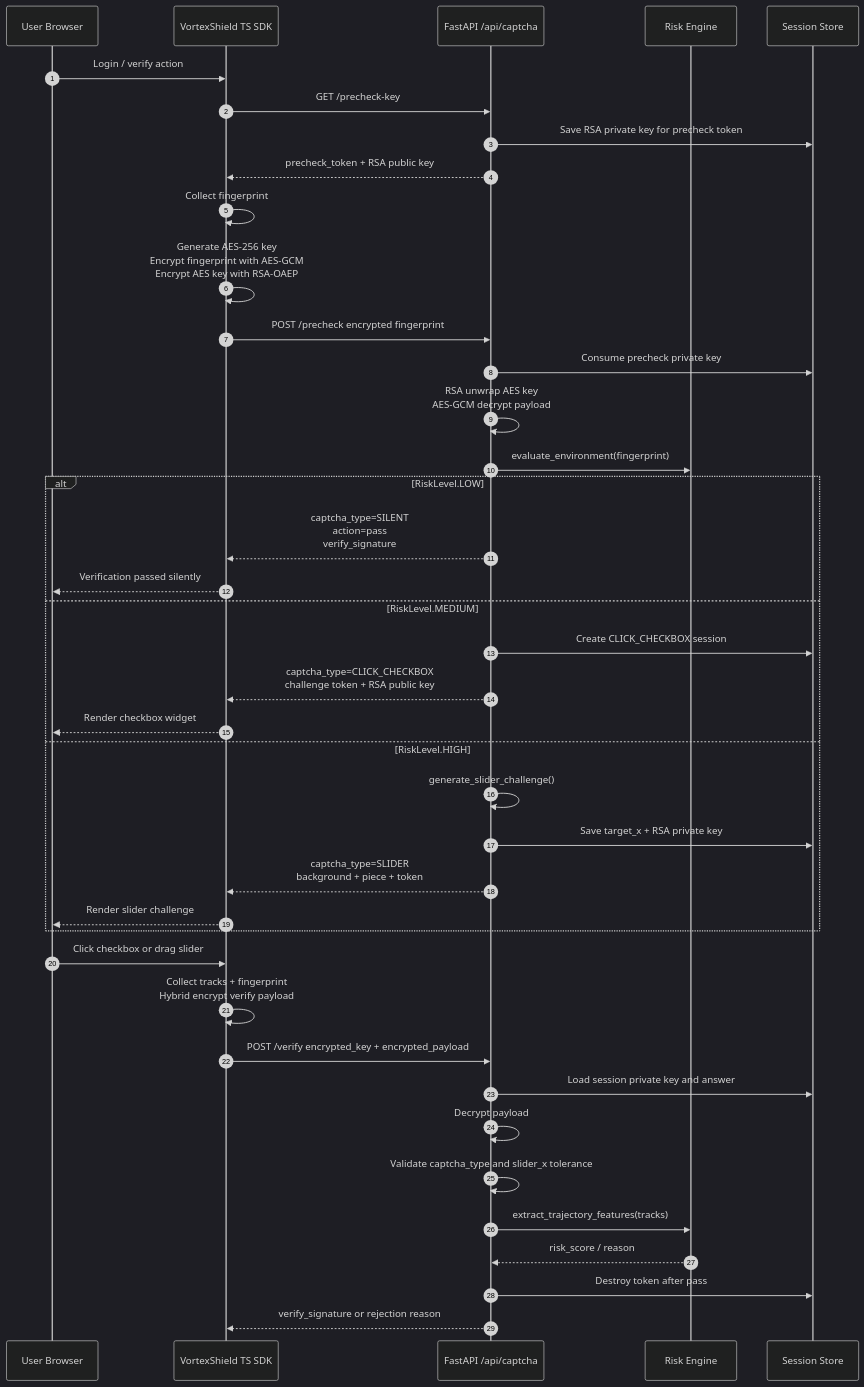
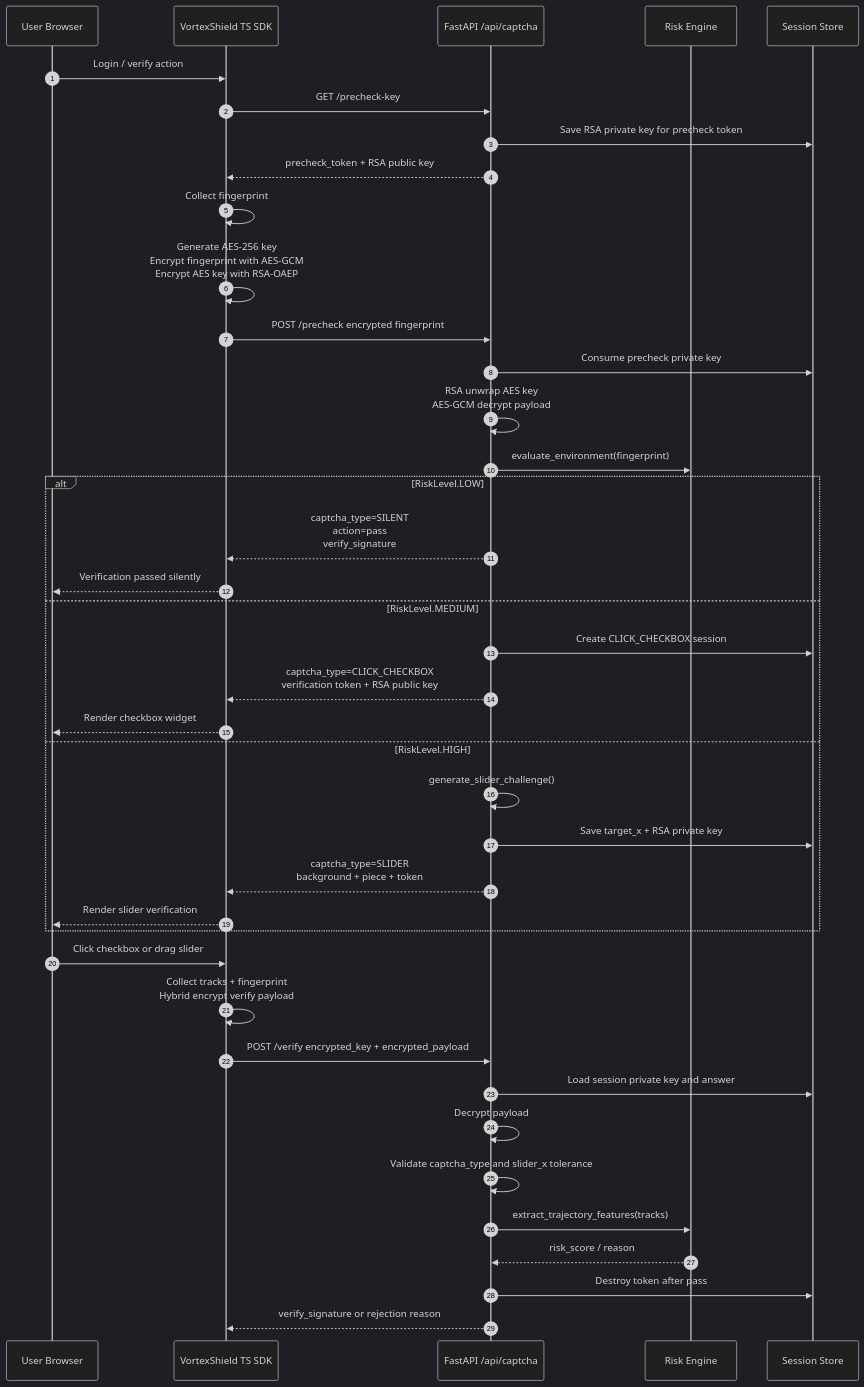
One commit to bedlatess/VortexShield changed the diagram in README.md. Above: the diagram before and after it, drawn with Mermaid (dark theme). The commit also changed other lines of this file and 24 other files, not shown here.

````diff
--- a/README.md
+++ b/README.md
@@ -40,46 +40,46 @@
 ```mermaid
 sequenceDiagram
     autonumber
     participant U as User Browser
     participant SDK as VortexShield TS SDK
     participant API as FastAPI /api/captcha
     participant RISK as Risk Engine
     participant STORE as Session Store
 
     U->>SDK: Login / verify action
     SDK->>API: GET /precheck-key
     API->>STORE: Save RSA private key for precheck token
     API-->>SDK: precheck_token + RSA public key
 
     SDK->>SDK: Collect fingerprint
     SDK->>SDK: Generate AES-256 key<br/>Encrypt fingerprint with AES-GCM<br/>Encrypt AES key with RSA-OAEP
     SDK->>API: POST /precheck encrypted fingerprint
     API->>STORE: Consume precheck private key
     API->>API: RSA unwrap AES key<br/>AES-GCM decrypt payload
     API->>RISK: evaluate_environment(fingerprint)
 
     alt RiskLevel.LOW
         API-->>SDK: captcha_type=SILENT<br/>action=pass<br/>verify_signature
         SDK-->>U: Verification passed silently
     else RiskLevel.MEDIUM
         API->>STORE: Create CLICK_CHECKBOX session
-        API-->>SDK: captcha_type=CLICK_CHECKBOX<br/>challenge token + RSA public key
+        API-->>SDK: captcha_type=CLICK_CHECKBOX<br/>verification token + RSA public key
         SDK-->>U: Render checkbox widget
     else RiskLevel.HIGH
         API->>API: generate_slider_challenge()
         API->>STORE: Save target_x + RSA private key
         API-->>SDK: captcha_type=SLIDER<br/>background + piece + token
-        SDK-->>U: Render slider challenge
+        SDK-->>U: Render slider verification
     end
 
     U->>SDK: Click checkbox or drag slider
     SDK->>SDK: Collect tracks + fingerprint<br/>Hybrid encrypt verify payload
     SDK->>API: POST /verify encrypted_key + encrypted_payload
     API->>STORE: Load session private key and answer
     API->>API: Decrypt payload
     API->>API: Validate captcha_type and slider_x tolerance
     API->>RISK: extract_trajectory_features(tracks)
     RISK-->>API: risk_score / reason
     API->>STORE: Destroy token after pass
     API-->>SDK: verify_signature or rejection reason
 ```
````
